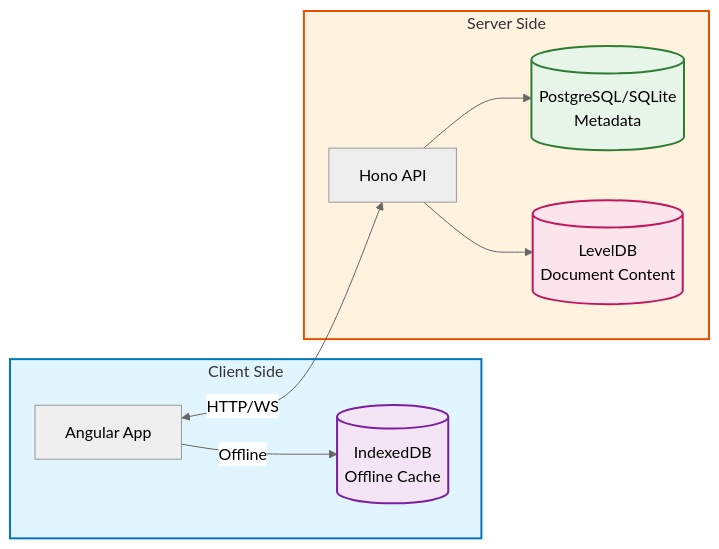
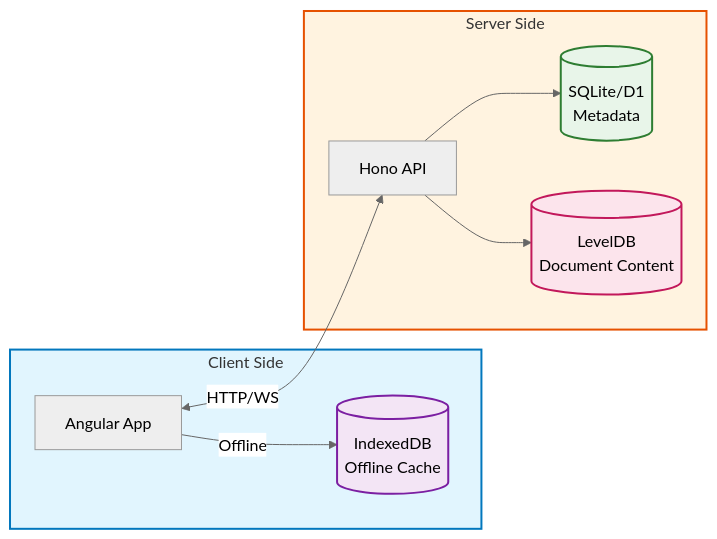
Before and after one commit to bobbyquantum/inkweld: the fifth of 9 diagrams in docs/site/docs/developer/architecture.md, drawn with Mermaid. The commit also changed other lines of this file and 34 other files, not shown here.

````diff
--- a/docs/site/docs/developer/architecture.md
+++ b/docs/site/docs/developer/architecture.md
@@ -233,25 +233,25 @@
 ```mermaid
 %%{init: {'theme':'neutral'}}%%
 graph LR
     subgraph Client["Client Side"]
         App["Angular App"]
         IDB[("IndexedDB<br/>Offline Cache")]
     end
 
     subgraph Server["Server Side"]
         API["Hono API"]
-        PG[("PostgreSQL/SQLite<br/>Metadata")]
+        PG[("SQLite/D1<br/>Metadata")]
         LDB[("LevelDB<br/>Document Content")]
     end
 
     App -->|Offline| IDB
     App <-->|HTTP/WS| API
     API --> PG
     API --> LDB
 
     style Client fill:#e1f5fe,stroke:#0277bd,stroke-width:2px
     style Server fill:#fff3e0,stroke:#e65100,stroke-width:2px
     style IDB fill:#f3e5f5,stroke:#7b1fa2,stroke-width:2px
     style PG fill:#e8f5e9,stroke:#2e7d32,stroke-width:2px
     style LDB fill:#fce4ec,stroke:#c2185b,stroke-width:2px
 ```
````
